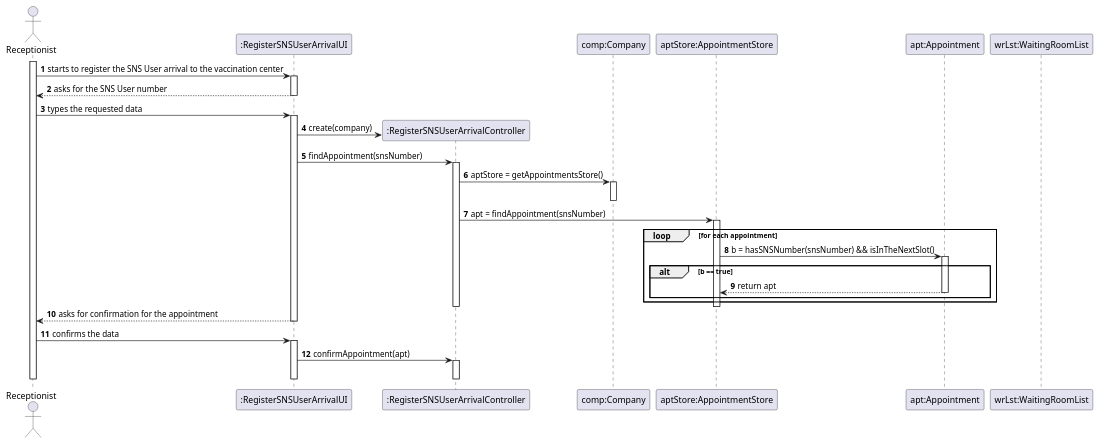
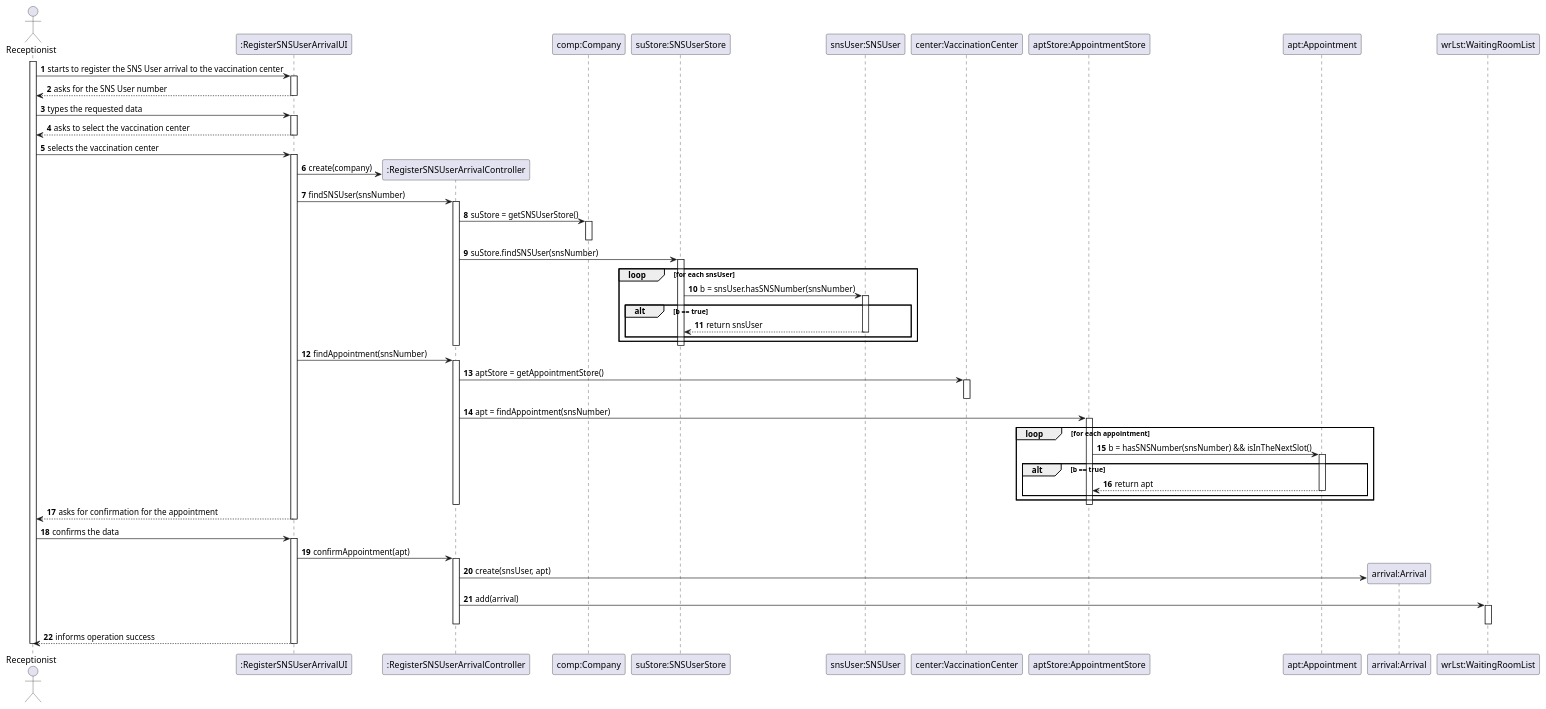
One commit to miseEnPlace-i/lapr2 changed the diagram in docs/SprintC/US04/SD/US04_SD.puml. Above: the diagram before and after it, drawn with PlantUML. The commit also changed 3 other files, not shown here.

```diff
--- a/docs/SprintC/US04/SD/US04_SD.puml
+++ b/docs/SprintC/US04/SD/US04_SD.puml
@@ -1,65 +1,100 @@
 @startuml
 autonumber
 
 actor "Receptionist" as RECEPT
 
 participant ":RegisterSNSUserArrivalUI" as UI
 participant ":RegisterSNSUserArrivalController" as CTRL
 participant "comp:Company" as COMP
+participant "suStore:SNSUserStore" as SUSTORE
+participant "snsUser:SNSUser" as SNSUSER
+participant "center:VaccinationCenter" as CENTER
 participant "aptStore:AppointmentStore" as APTSTORE
 participant "apt:Appointment" as APT
+participant "arrival:Arrival" as ARRIVAL
 participant "wrLst:WaitingRoomList" as WRLST
 
 activate RECEPT
   RECEPT -> UI : starts to register the SNS User arrival to the vaccination center
   activate UI
   
   RECEPT <-- UI : asks for the SNS User number
   deactivate UI
 
   RECEPT -> UI : types the requested data
   activate UI
+  
+  RECEPT <-- UI : asks to select the vaccination center
+  deactivate UI
 
+  RECEPT -> UI : selects the vaccination center
+  activate UI
     
     UI -> CTRL** : create(company)
+
+    UI -> CTRL : findSNSUser(snsNumber)
+    activate CTRL
+
+      CTRL -> COMP : suStore = getSNSUserStore()
+      activate COMP
+      deactivate COMP
+
+      CTRL -> SUSTORE : suStore.findSNSUser(snsNumber)
+      activate SUSTORE
+        loop for each snsUser
+          SUSTORE -> SNSUSER : b = snsUser.hasSNSNumber(snsNumber)
+          activate SNSUSER
+          alt b == true
+            SUSTORE <-- SNSUSER : return snsUser
+            deactivate SNSUSER
+          end
+        end
+      deactivate SUSTORE
+
+    deactivate CTRL
+
     UI -> CTRL : findAppointment(snsNumber)
     activate CTRL
 
-      CTRL -> COMP : aptStore = getAppointmentsStore()
-      activate COMP
-      deactivate COMP
+      CTRL -> CENTER : aptStore = getAppointmentStore()
+      activate CENTER
+      deactivate CENTER
 
       CTRL -> APTSTORE : apt = findAppointment(snsNumber)
       activate APTSTORE
 
         loop for each appointment
           APTSTORE -> APT : b = hasSNSNumber(snsNumber) && isInTheNextSlot()
           activate APT
           alt b == true
             APTSTORE <-- APT : return apt
             deactivate APT
           end
         end
 
       deactivate APTSTORE
 
     deactivate CTRL
   
   RECEPT <-- UI : asks for confirmation for the appointment
   deactivate UI
 
   RECEPT -> UI : confirms the data
   activate UI
 
     UI -> CTRL : confirmAppointment(apt)
     activate CTRL
+      CTRL -> ARRIVAL** : create(snsUser, apt)
 
-
+      CTRL -> WRLST : add(arrival)
+      activate WRLST
+      deactivate WRLST
 
     deactivate CTRL
 
+  RECEPT <-- UI : informs operation success
   deactivate UI
 
 deactivate RECEPT
 
 @enduml
```
